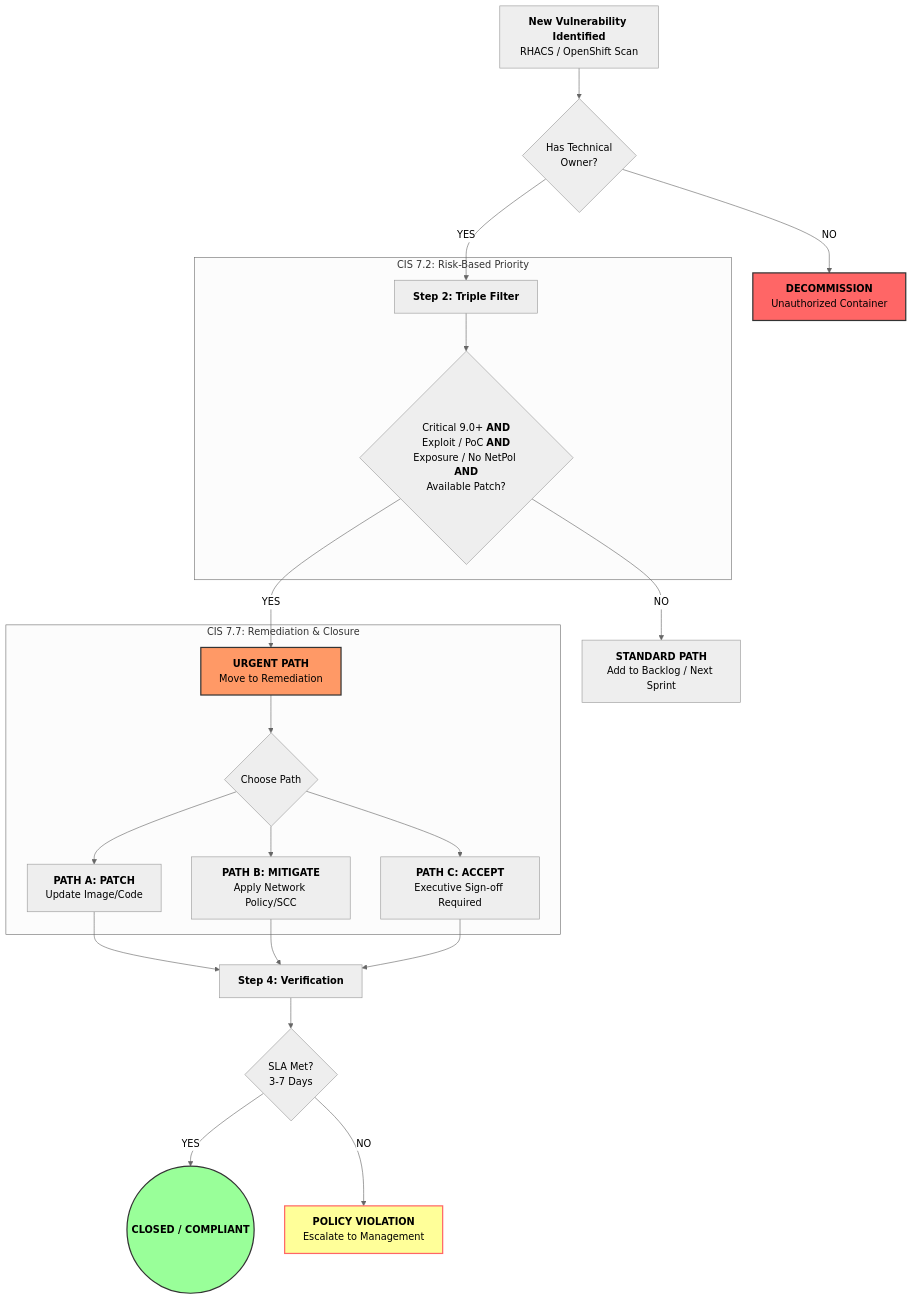
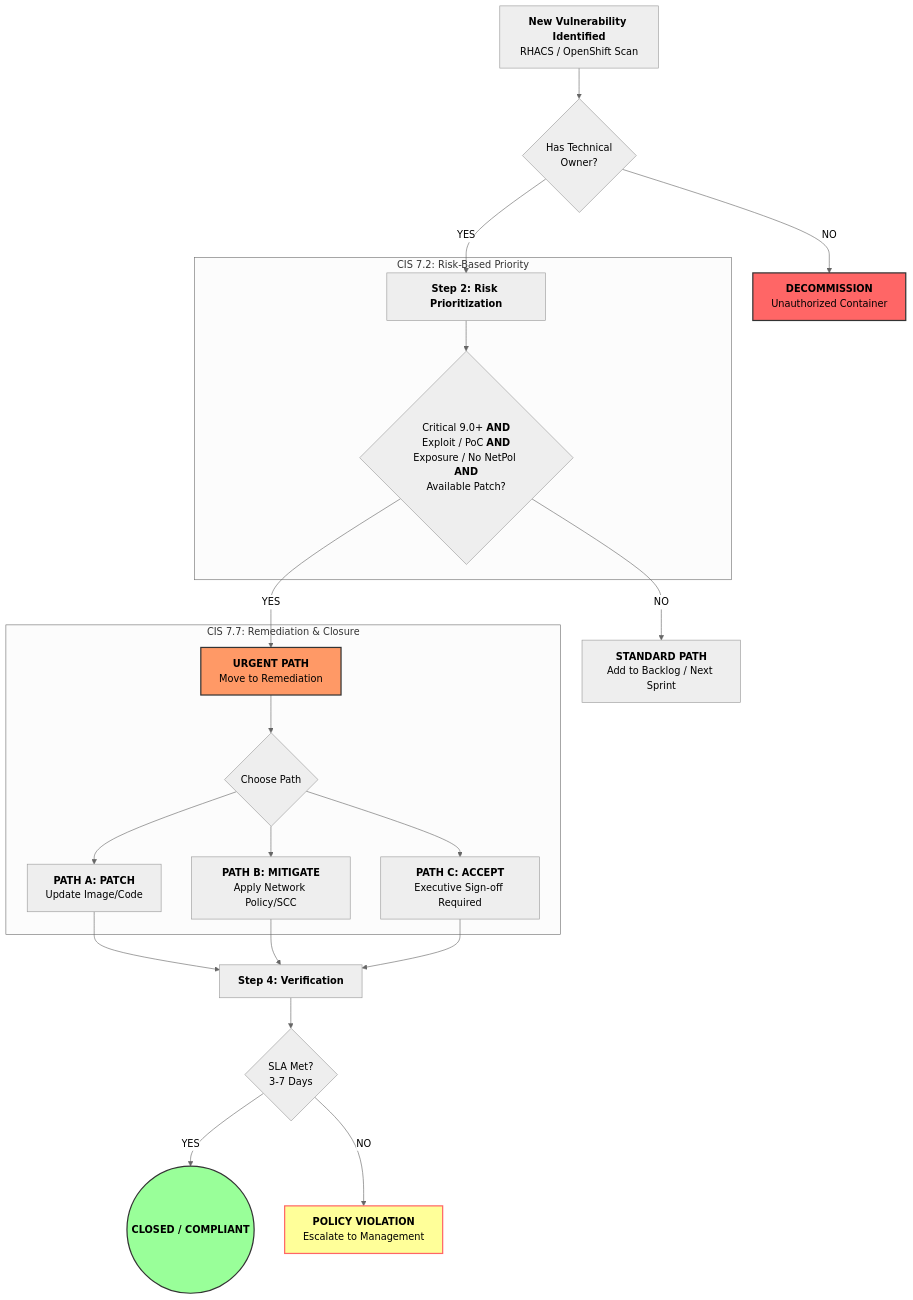
One commit to ralvares/security-demos changed the diagram in use_cases/cis/cis-ContinuousVulnerabilityManagement.md. Above: the diagram before and after it, drawn with Mermaid (neutral theme). The commit also changed other lines of this file, not shown here.

Commit message:
docs: Simplify title and clarify steps in Vulnerability Triage Flowchart

````diff
--- a/use_cases/cis/cis-ContinuousVulnerabilityManagement.md
+++ b/use_cases/cis/cis-ContinuousVulnerabilityManagement.md
@@ -58,39 +58,39 @@
 ```mermaid
 graph TD
     %% Step 1: Detection
     A[<b>New Vulnerability Identified</b><br/>RHACS / OpenShift Scan] --> B{Has Technical<br/>Owner?}
     B -- NO --> C[<b>DECOMMISSION</b><br/>Unauthorized Container]
-    B -- YES --> D[<b>Step 2: Triple Filter</b>]
+    B -- YES --> D[<b>Step 2: Risk Prioritization</b>]
 
     %% Step 2: Triage
     subgraph Triage_Logic [CIS 7.2: Risk-Based Priority]
     D --> E{Critical 9.0+ <b>AND</b><br/>Exploit / PoC <b>AND</b><br/>Exposure / No NetPol <b>AND</b><br/>Available Patch?}
     end
 
     E -- NO --> F[<b>STANDARD PATH</b><br/>Add to Backlog / Next Sprint]
     E -- YES --> G[<b>URGENT PATH</b><br/>Move to Remediation]
 
     %% Step 3: Remediation
     subgraph Remediation_Options [CIS 7.7: Remediation & Closure]
     G --> H{Choose Path}
     H --> I[<b>PATH A: PATCH</b><br/>Update Image/Code]
     H --> J[<b>PATH B: MITIGATE</b><br/>Apply Network Policy/SCC]
     H --> K[<b>PATH C: ACCEPT</b><br/>Executive Sign-off Required]
     end
 
     I --> L[<b>Step 4: Verification</b>]
     J --> L
     K --> L
 
     %% Step 4: Verification & SLA
     L --> M{SLA Met?<br/>3-7 Days}
     M -- YES --> N((<b>CLOSED / COMPLIANT</b>))
     M -- NO --> O[<b>POLICY VIOLATION</b><br/>Escalate to Management]
 
     %% Styling
     style C fill:#f66,stroke:#333,stroke-width:2px
     style N fill:#9f9,stroke:#333,stroke-width:2px
     style O fill:#ff9,stroke:#f66,stroke-width:2px
     style G fill:#f96,stroke:#333,stroke-width:2px
 
 ```
````
